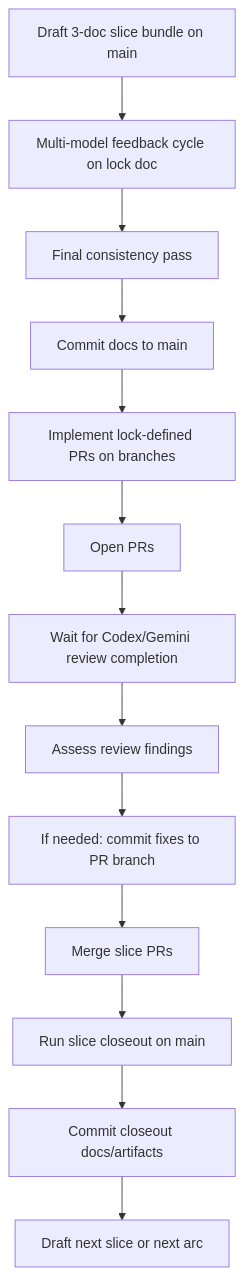
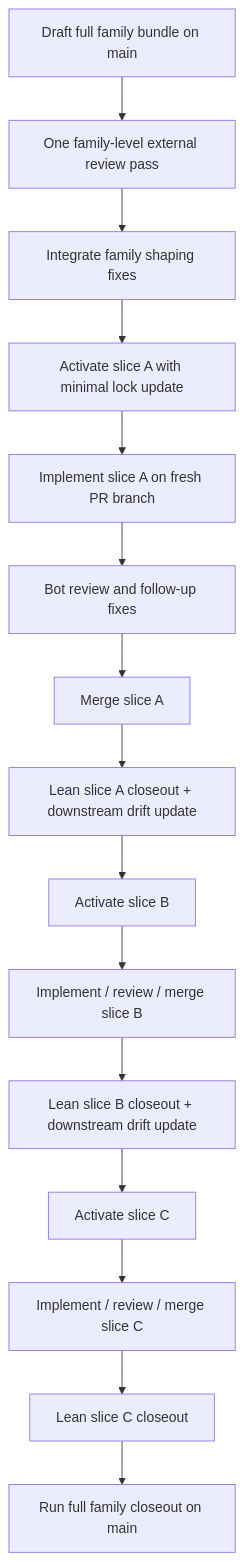
The diagram in docs/DRAFT_PRACTICAL_HARNESS_FLOW_v0.md (LexLattice/adeu-studio), drawn with Mermaid before and after one commit. The commit also changed other lines of this file and 1 other file, not shown here.

Commit message:
Adopt family-preplanned harness workflow

````diff
--- a/docs/DRAFT_PRACTICAL_HARNESS_FLOW_v0.md
+++ b/docs/DRAFT_PRACTICAL_HARNESS_FLOW_v0.md
@@ -138,15 +225,17 @@
 ```mermaid
 flowchart TD
-    A["Draft 3-doc slice bundle on main"] --> B["Multi-model feedback cycle on lock doc"]
-    B --> C["Final consistency pass"]
-    C --> D["Commit docs to main"]
-    D --> E["Implement lock-defined PRs on branches"]
-    E --> F["Open PRs"]
-    F --> G["Wait for Codex/Gemini review completion"]
-    G --> H["Assess review findings"]
-    H --> I["If needed: commit fixes to PR branch"]
-    I --> J["Merge slice PRs"]
-    J --> K["Run slice closeout on main"]
-    K --> L["Commit closeout docs/artifacts"]
-    L --> M["Draft next slice or next arc"]
+    A["Draft full family bundle on main"] --> B["One family-level external review pass"]
+    B --> C["Integrate family shaping fixes"]
+    C --> D["Activate slice A with minimal lock update"]
+    D --> E["Implement slice A on fresh PR branch"]
+    E --> F["Bot review and follow-up fixes"]
+    F --> G["Merge slice A"]
+    G --> H["Lean slice A closeout + downstream drift update"]
+    H --> I["Activate slice B"]
+    I --> J["Implement / review / merge slice B"]
+    J --> K["Lean slice B closeout + downstream drift update"]
+    K --> L["Activate slice C"]
+    L --> M["Implement / review / merge slice C"]
+    M --> N["Lean slice C closeout"]
+    N --> O["Run full family closeout on main"]
 ```
````
